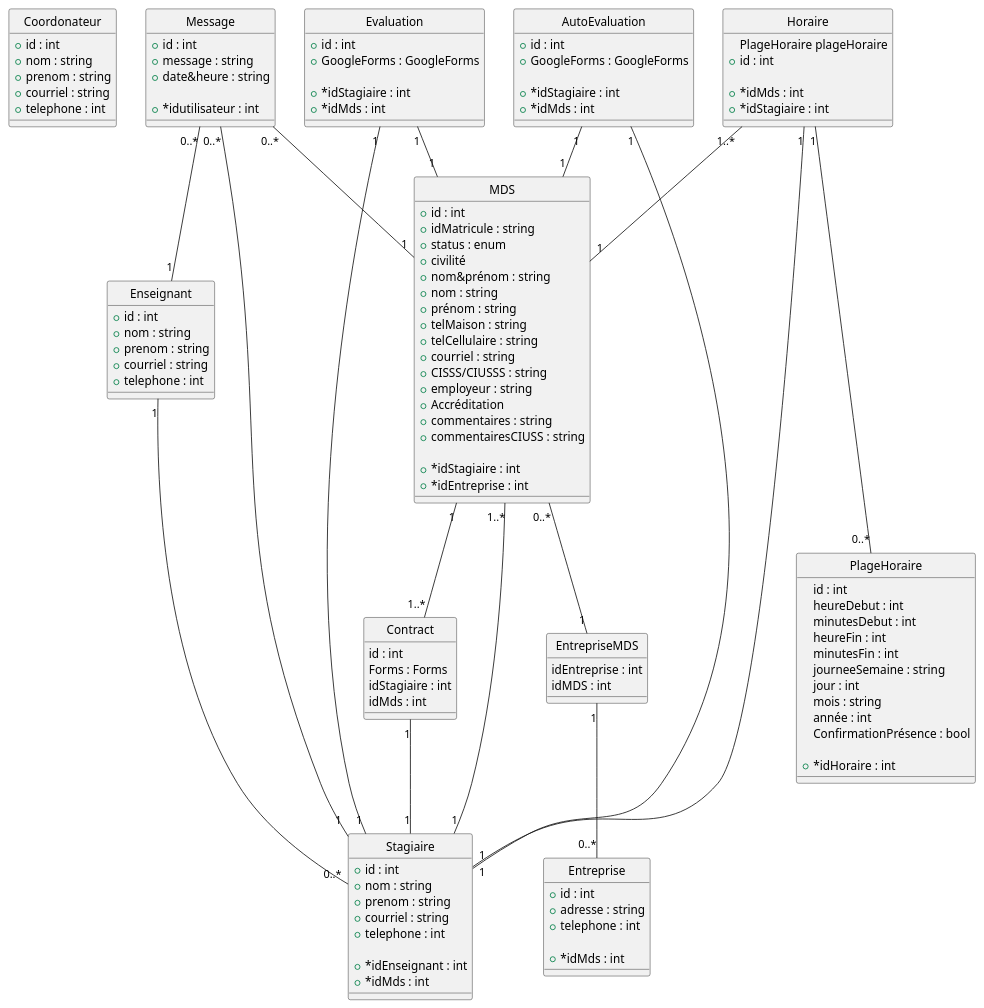
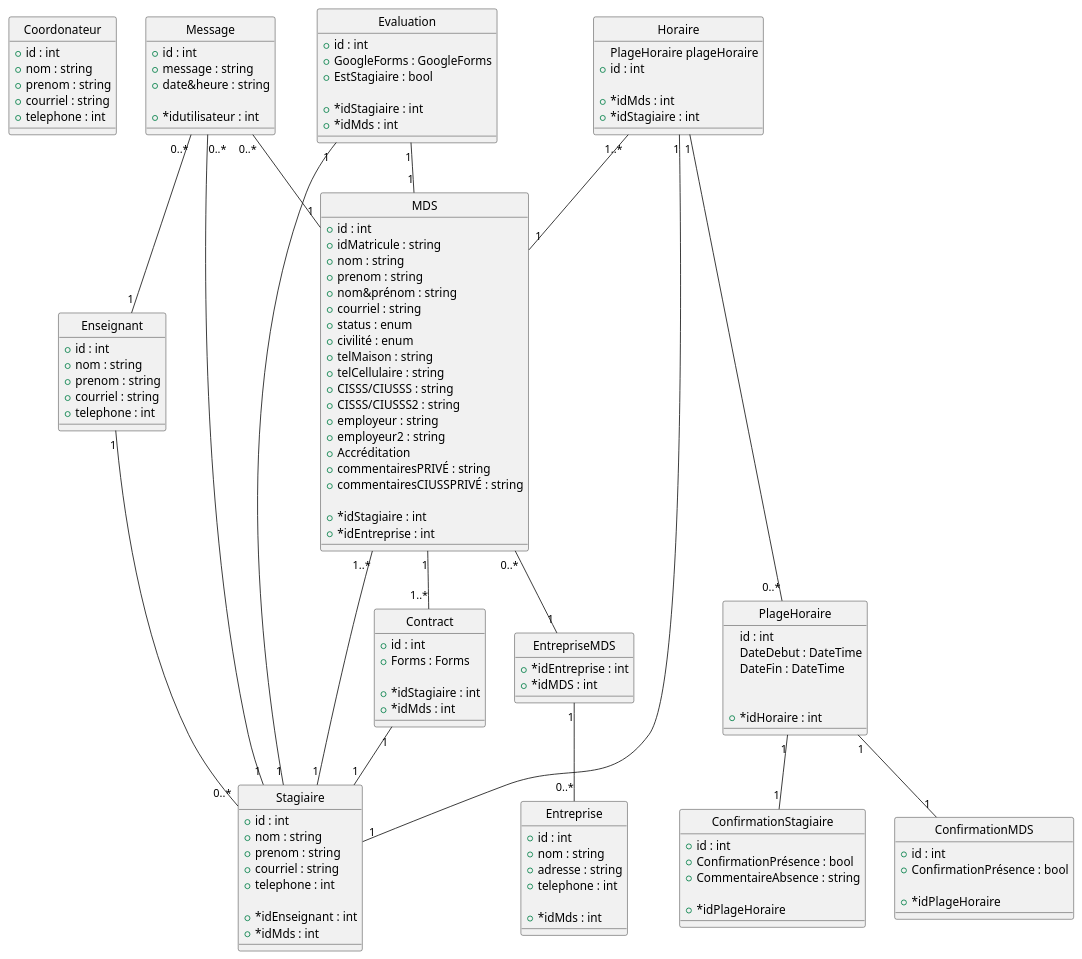
Before and after one commit to thatscringebro/SPU: the diagram in Analyse/bd_diagramme.md, drawn with PlantUML.

Commit message:
Changement bd diagramme

````diff
--- a/Analyse/bd_diagramme.md
+++ b/Analyse/bd_diagramme.md
@@ -14,7 +14,7 @@
     + id : int 
     + nom : string
     + prenom : string
-    + courriel : string 
+    + courriel : string
     + telephone : int
 }
 
@@ -22,7 +22,7 @@
     + id : int 
     + nom : string
     + prenom : string
-    + courriel : string 
+    + courriel : string
     + telephone : int
 
     + *idEnseignant : int
@@ -41,19 +41,21 @@
 class "MDS" AS Mds {
     + id : int
     + idMatricule : string
+    + nom : string
+    + prenom : string
+    + nom&prénom : string
+    + courriel : string
     + status : enum
-    + civilité
-    + nom&prénom : string
-    + nom : string
-    + prénom : string
+    + civilité : enum
     + telMaison : string
     + telCellulaire : string
-    + courriel : string
     + CISSS/CIUSSS : string
+    + CISSS/CIUSSS2 : string
     + employeur : string
+    + employeur2 : string
     + Accréditation
-    + commentaires : string
-    + commentairesCIUSS : string
+    + commentairesPRIVÉ : string
+    + commentairesCIUSSPRIVÉ : string
 
     + *idStagiaire : int
     + *idEntreprise : int
@@ -65,12 +67,13 @@
 ' Un maitre de stage peut avoir plusieurs entreprise
 
 class EntrepriseMDS {
-    idEntreprise : int
-    idMDS : int
+    + *idEntreprise : int
+    + *idMDS : int
 }
 
 class "Entreprise" AS ent {
     + id : int
+    + nom : string
     + adresse : string
     + telephone : int
 
@@ -89,14 +92,7 @@
 class Evaluation {
     + id : int
     + GoogleForms : GoogleForms
-
-    + *idStagiaire : int
-    + *idMds : int
-}
-
-class AutoEvaluation {
-    + id : int
-    + GoogleForms : GoogleForms
+    + EstStagiaire : bool
 
     + *idStagiaire : int
     + *idMds : int
@@ -106,24 +102,55 @@
 
 class PlageHoraire {
     id : int
-    heureDebut : int
-    minutesDebut : int
-    heureFin : int
-    minutesFin : int
-    journeeSemaine : string
-    jour : int
-    mois : string
-    année : int
-    ConfirmationPrésence : bool
+    ' heureDebut : int
+    ' minutesDebut : int
+    ' heureFin : int
+    ' minutesFin : int
+    ' journeeSemaine : string
+    DateDebut : DateTime
+    DateFin : DateTime
+    
 
     + *idHoraire : int
 }
 
+class ConfirmationStagiaire {
+    + id : int
+    + ConfirmationPrésence : bool
+    + CommentaireAbsence : string
+
+    + *idPlageHoraire
+    ' Entreprise : string
+    ' Nom&PrénomStagiaire : string
+    ' ConfirmationPrésence : bool
+    ' CommentaireAbsence : string
+    ' date : dateTime
+    ' durée : int
+    ' MatriculeTAP1 : string
+    ' MatriculeTAP2 : string
+}
+
+class ConfirmationMDS {
+    + id : int
+    + ConfirmationPrésence : bool
+
+    + *idPlageHoraire
+    ' Entreprise : string
+    ' Nom&PrénomStagiaire : string
+    ' ConfirmationPrésence : bool
+    ' CommentaireAbsence : string
+    ' date : dateTime
+    ' durée : int
+    ' MatriculeTAP1 : string
+    ' MatriculeTAP2 : string
+}
+
 class Contract {
-    id : int
-    Forms : Forms
-    idStagiaire : int
-    idMds : int
+    + id : int
+    + Forms : Forms
+
+    + *idStagiaire : int
+    + *idMds : int
 }
 
 ' class TypeEmployeur {
@@ -153,11 +180,11 @@
 message "0..*" -- "1" Mds
 message "0..*" -- "1" enseignant
 
-Evaluation "1" -- "1" Mds 
-Evaluation "1" -- "1" stagiaire
+' Evaluation "1" -- "1" Mds 
+' Evaluation "1" -- "1" stagiaire
 
-AutoEvaluation "1" -- "1" stagiaire 
-AutoEvaluation"1" -- "1" Mds
+' AutoEvaluation "1" -- "1" stagiaire 
+' AutoEvaluation"1" -- "1" Mds
 
 Contract "1" -- "1" stagiaire
 Mds "1" -- "1..*" Contract
@@ -165,4 +192,10 @@
 Horaire "1" -- "1" stagiaire
 Horaire "1..*" -- "1" Mds
 
+PlageHoraire "1" -- "1" ConfirmationStagiaire
+PlageHoraire "1" -- "1" ConfirmationMDS
+
+Evaluation "1" -- "1" Mds
+Evaluation "1" -- "1" stagiaire
+
 ```
````
